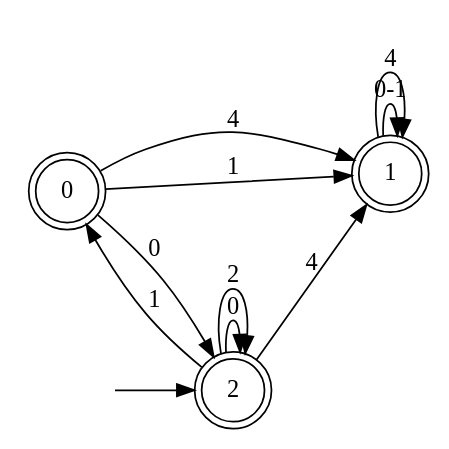
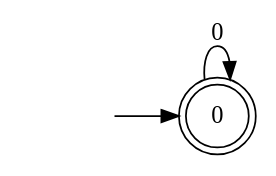
One commit to Faymiaouent/Automa4U changed the diagram in dotfiles/DFA8.dot. Above: the diagram before and after it, drawn with Graphviz. The commit also changed 42 other files, not shown here.

```diff
--- a/dotfiles/DFA8.dot
+++ b/dotfiles/DFA8.dot
@@ -1,17 +1,7 @@
 digraph Automaton {
   rankdir = LR;
 0 [shape=doublecircle]; 
-  0 -> 2 [label="0"];
-  0 -> 1 [label="4"];
-  0 -> 1 [label="1"];
-1 [shape=doublecircle]; 
-  1 -> 1 [label="0-1"];
-  1 -> 1 [label="4"];
-2 [shape=doublecircle]; 
   initial [shape=plaintext,label=""];
-  initial -> 2
-  2 -> 2 [label="0"];
-  2 -> 1 [label="4"];
-  2 -> 0 [label="1"];
-  2 -> 2 [label="2"];
+  initial -> 0
+  0 -> 0 [label="0"];
 }
```
